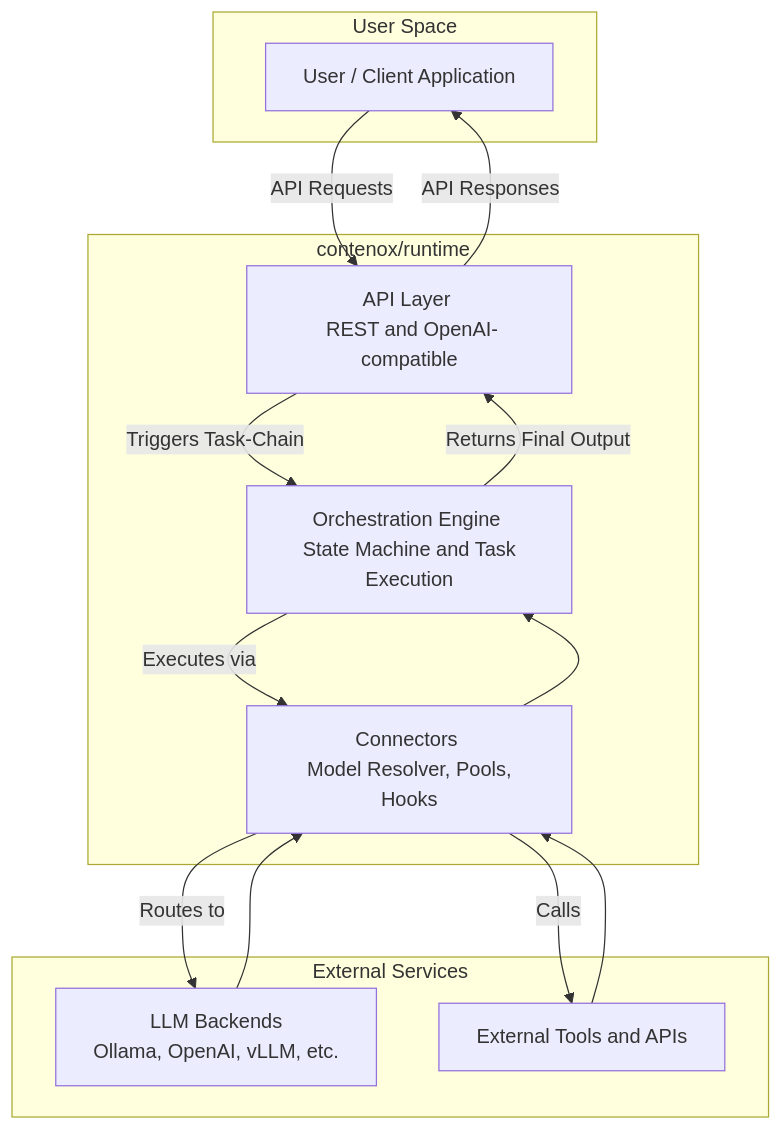
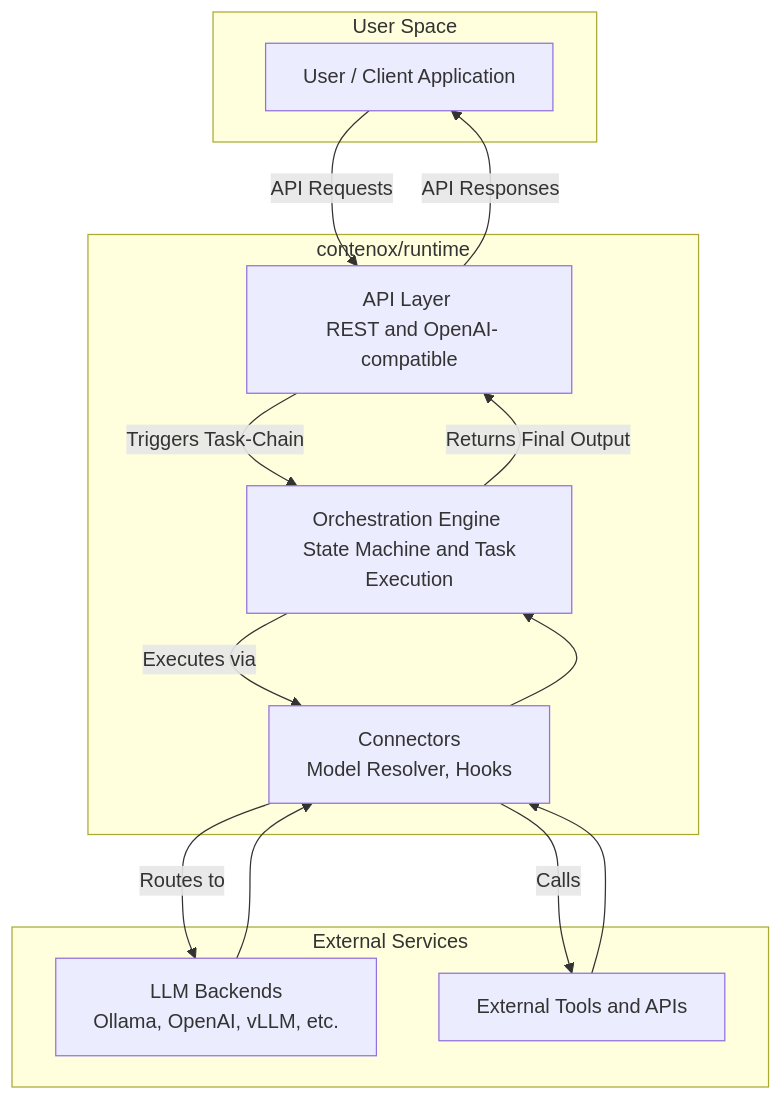
The diagram in README.md (contenox/runtime), drawn with Mermaid before and after one commit.

Commit message:
Fix last commit

````diff
--- a/README.md
+++ b/README.md
@@ -118,30 +118,30 @@
 ```mermaid
 graph TD
     subgraph "User Space"
         U[User / Client Application]
     end
 
     subgraph "contenox/runtime"
         API[API Layer <br/> REST and OpenAI-compatible]
         OE["Orchestration Engine <br/> State Machine and Task Execution"]
-        CONN["Connectors <br/> Model Resolver, Pools, Hooks"]
+        CONN["Connectors <br/> Model Resolver, Hooks"]
     end
 
     subgraph "External Services"
         LLM[LLM Backends <br/> Ollama, OpenAI, vLLM, etc.]
         HOOK[External Tools and APIs]
     end
 
     %% --- Data Flow ---
     U -- API Requests --> API
     API -- Triggers Task-Chain --> OE
     OE -- Executes via --> CONN
     CONN -- Routes to --> LLM
     CONN -- Calls --> HOOK
 
     LLM --> CONN
     HOOK --> CONN
     CONN --> OE
     OE -- Returns Final Output --> API
     API -- API Responses --> U
 ```
````
